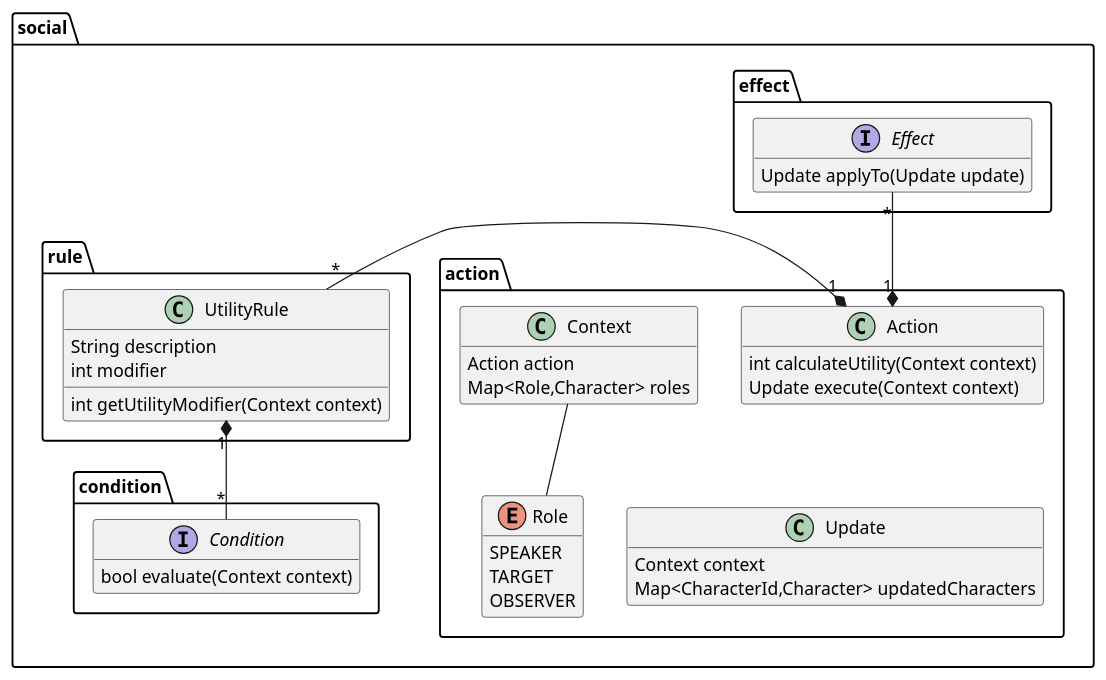
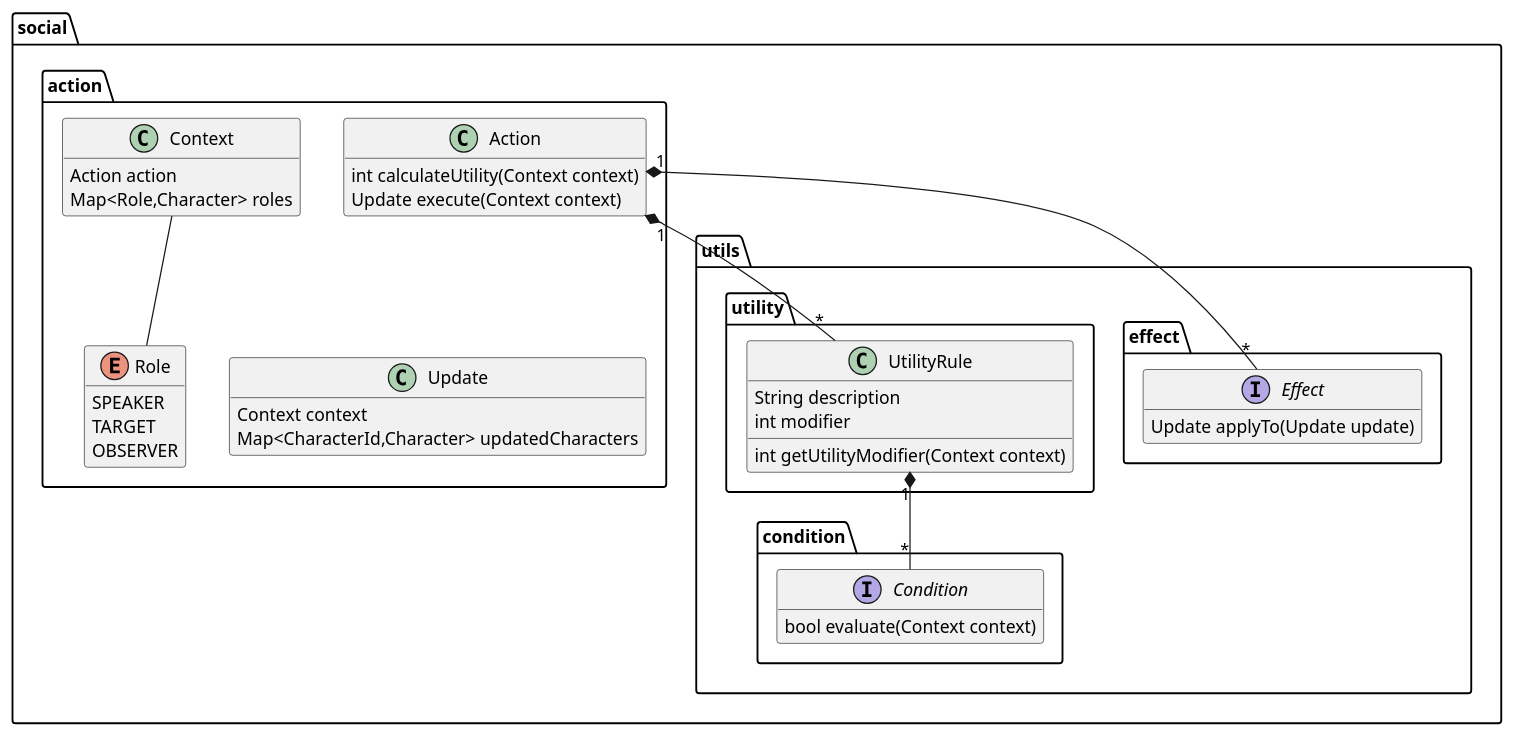
The diagram in doc/design/action.puml (Orchaldir/SocialSimulation), drawn with PlantUML before and after one commit. The commit also changed 25 other files, not shown here.

Commit message:
[#11] Rename package utility to utils

```diff
--- a/doc/design/action.puml
+++ b/doc/design/action.puml
@@ -1,68 +1,72 @@
 @startuml
 
 hide empty members
 
 package social {
-
-package effect {
-
-interface Effect {
-  Update applyTo(Update update)
-}
-
-}
 
 package action {
 
 class Action {
   int calculateUtility(Context context)
   Update execute(Context context)
 }
 
 enum Role {
   SPEAKER
   TARGET
   OBSERVER
 }
 
 class Context {
   Action action
   Map<Role,Character> roles
 }
 
 class Update {
   Context context
   Map<CharacterId,Character> updatedCharacters
 }
 
 }
 
-package rule {
+package utils {
+
+package effect {
+
+interface Effect {
+  Update applyTo(Update update)
+}
+
+}
+
+package utility {
 
 class UtilityRule {
   String description
   int modifier
   int getUtilityModifier(Context context)
 }
 
 }
 
 package condition {
 
 interface Condition {
   bool evaluate(Context context)
 }
 
 }
 
 }
 
-Action "1" *-left- "*" UtilityRule
-Action "1" *-up- "*" Effect
+}
+
+Action "1" *-- "*" UtilityRule
+Action "1" *-- "*" Effect
 Action -[hidden]- Update
 UtilityRule "1" *-- "*" Condition
 
 Context -- Role
 
 
 @enduml
```
